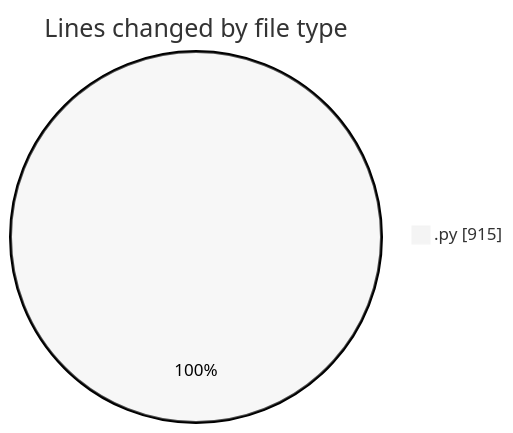
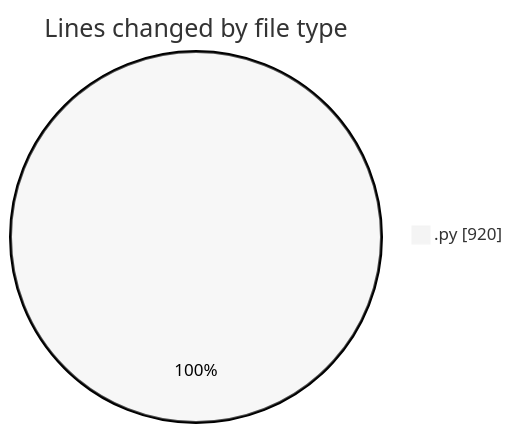
The first of 2 diagrams in 2025-03-18/myws__workspace_/README.md (MatusMokan/code-tracking), drawn with Mermaid (neutral theme) before and after one commit. The commit also changed other lines of this file and 1 other file, not shown here.

````diff
--- a/2025-03-18/myws__workspace_/README.md
+++ b/2025-03-18/myws__workspace_/README.md
@@ -22,5 +22,5 @@
 ```mermaid
 pie showData
 title Lines changed by file type
-".py" : 915
+".py" : 920
 ```
````
